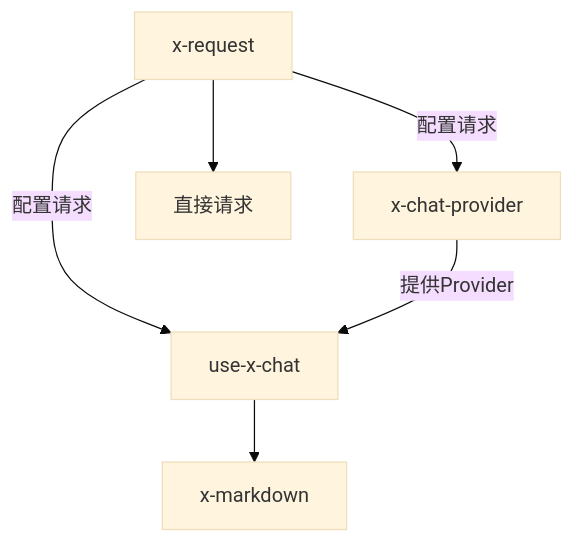
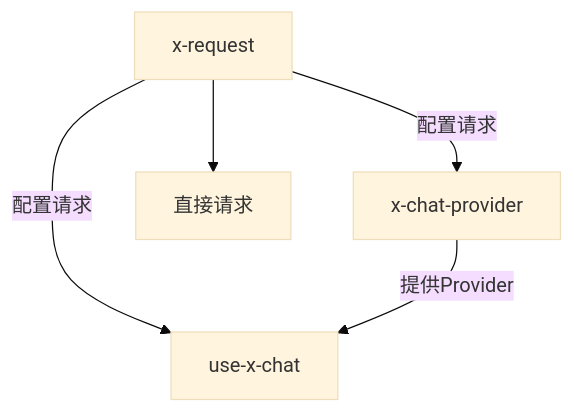
The second of 3 diagrams in packages/x-skill/skills-zh/x-request/SKILL.md (ant-design/x), drawn with Mermaid (base theme) before and after one commit. The commit also changed other lines of this file and 5 other files, not shown here.

````diff
--- a/packages/x-skill/skills-zh/x-request/SKILL.md
+++ b/packages/x-skill/skills-zh/x-request/SKILL.md
@@ -202,8 +202,7 @@
 ```mermaid
 graph TD
     A[x-request] -->|配置请求| B[x-chat-provider]
     A -->|配置请求| C[use-x-chat]
     B -->|提供Provider| C
-    C --> D[x-markdown]
-    A --> E[直接请求]
+    A --> D[直接请求]
 ```
````
